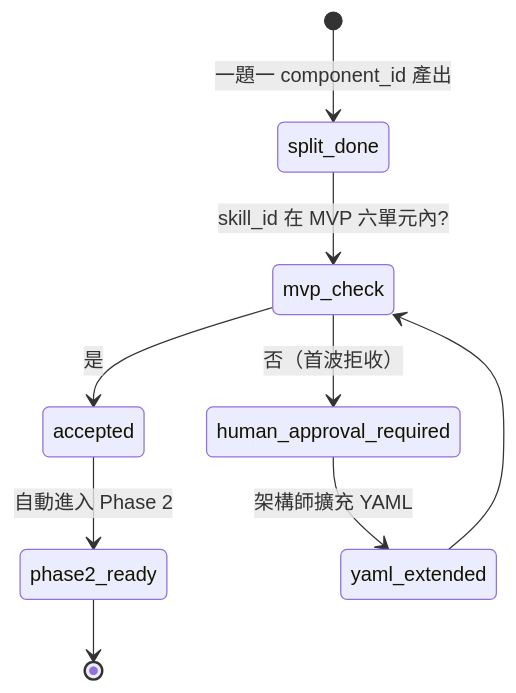
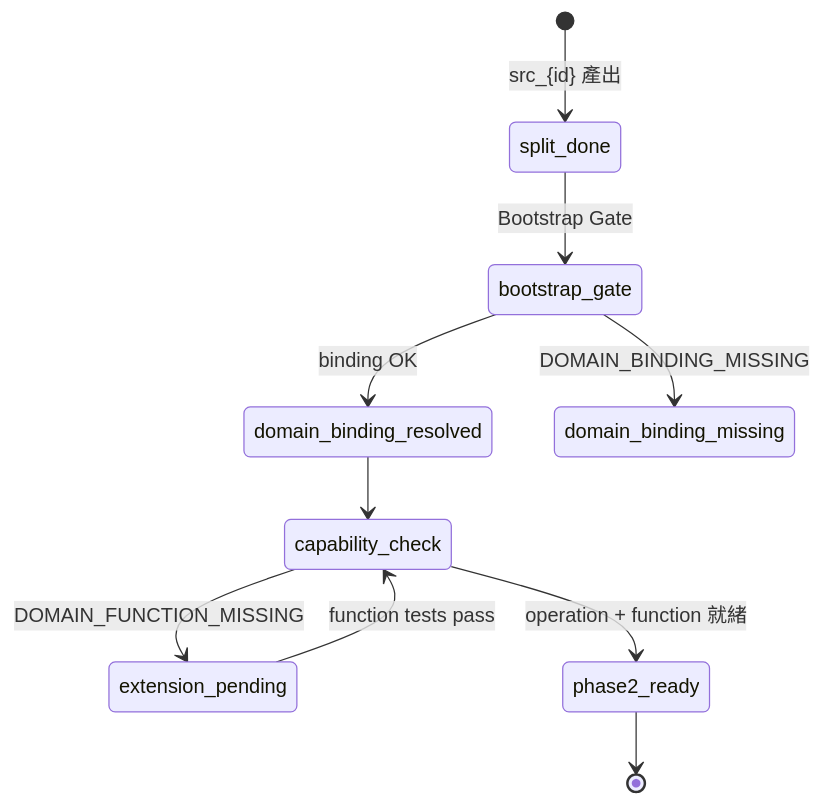
Before and after one commit to yyfsunnyboy/Mathproject_tvet_mathB: the second of 11 diagrams in docs/系統SOP/Gencode_AgentSkillV3整合/SOP_Gencode_AgentSkillV3_PipelineFlow.md, drawn with Mermaid. The commit also changed other lines of this file and 46 other files, not shown here.

````diff
--- a/docs/系統SOP/Gencode_AgentSkillV3整合/SOP_Gencode_AgentSkillV3_PipelineFlow.md
+++ b/docs/系統SOP/Gencode_AgentSkillV3整合/SOP_Gencode_AgentSkillV3_PipelineFlow.md
@@ -199,11 +249,12 @@
 ```mermaid
 stateDiagram-v2
-    [*] --> split_done: 一題一 component_id 產出
-    split_done --> mvp_check: skill_id 在 MVP 六單元內?
-    mvp_check --> accepted: 是
-    mvp_check --> human_approval_required: 否（首波拒收）
-    accepted --> phase2_ready: 自動進入 Phase 2
-    human_approval_required --> yaml_extended: 架構師擴充 YAML
-    yaml_extended --> mvp_check
+    [*] --> split_done: src_{id} 產出
+    split_done --> bootstrap_gate: Bootstrap Gate
+    bootstrap_gate --> domain_binding_resolved: binding OK
+    bootstrap_gate --> domain_binding_missing: DOMAIN_BINDING_MISSING
+    domain_binding_resolved --> capability_check
+    capability_check --> extension_pending: DOMAIN_FUNCTION_MISSING
+    extension_pending --> capability_check: function tests pass
+    capability_check --> phase2_ready: operation + function 就緒
     phase2_ready --> [*]
 ```
````
